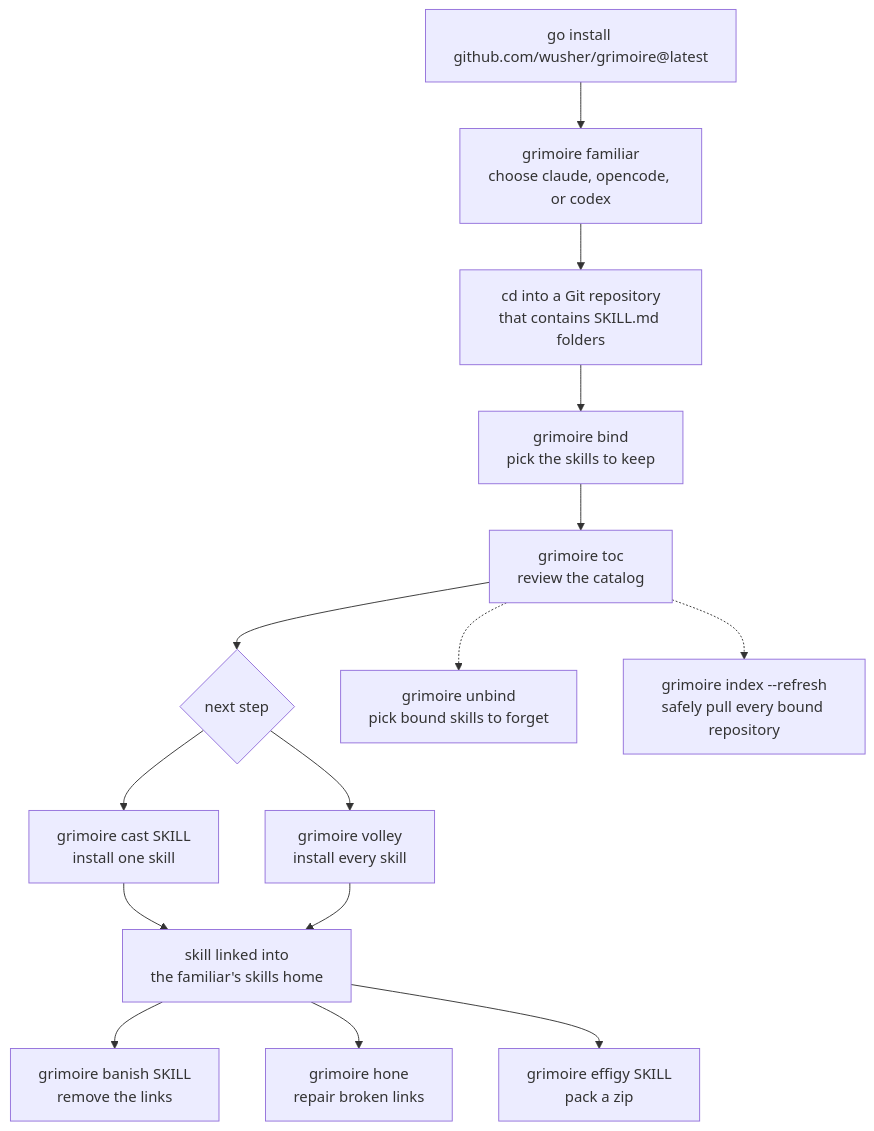
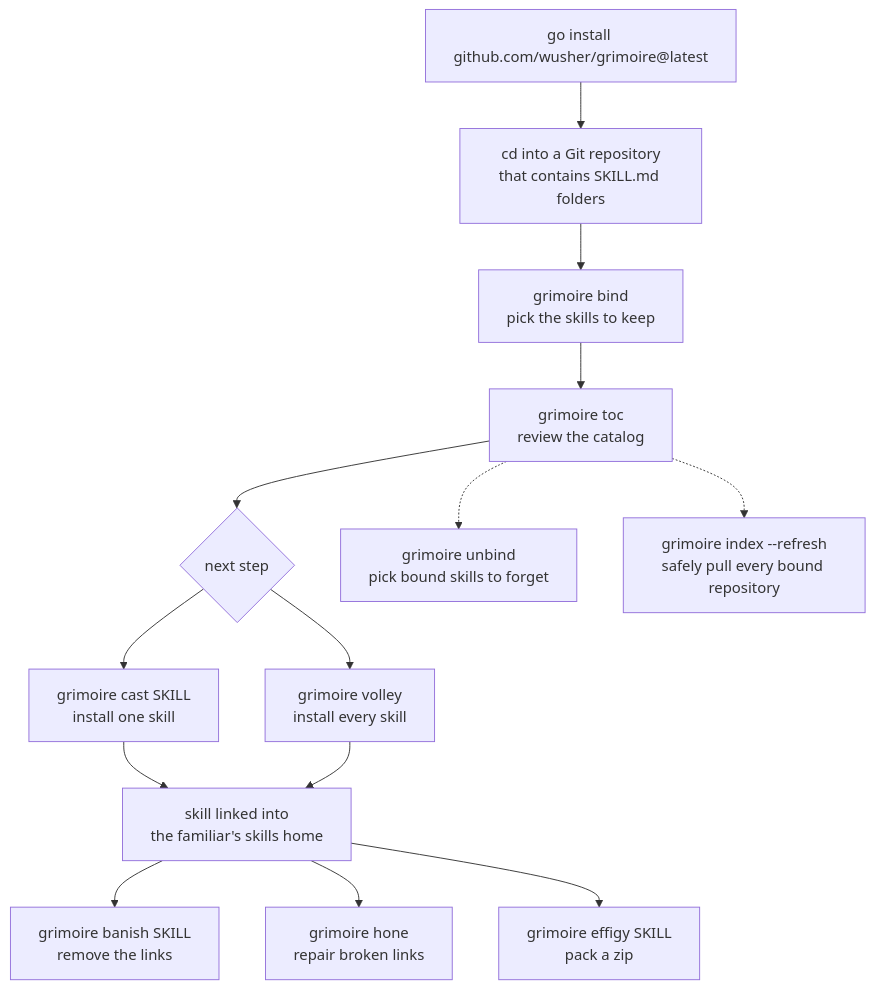
Before and after one commit to wusher/grimoire: the diagram in README.md, drawn with Mermaid. The commit also changed other lines of this file and 4 other files, not shown here.

````diff
--- a/README.md
+++ b/README.md
@@ -43,17 +43,16 @@
 ```mermaid
 flowchart TD
-    A["go install github.com/wusher/grimoire@latest"] --> B["grimoire familiar<br/>choose claude, opencode, or codex"]
-    B --> C["cd into a Git repository<br/>that contains SKILL.md folders"]
+    A["go install github.com/wusher/grimoire@latest"] --> C["cd into a Git repository<br/>that contains SKILL.md folders"]
     C --> D["grimoire bind<br/>pick the skills to keep"]
     D --> E["grimoire toc<br/>review the catalog"]
     E --> F{next step}
     F --> G["grimoire cast SKILL<br/>install one skill"]
     F --> H["grimoire volley<br/>install every skill"]
     G --> J["skill linked into<br/>the familiar's skills home"]
     H --> J
     J --> K["grimoire banish SKILL<br/>remove the links"]
     J --> L["grimoire hone<br/>repair broken links"]
     J --> M["grimoire effigy SKILL<br/>pack a zip"]
     E -.-> N["grimoire unbind<br/>pick bound skills to forget"]
     E -.-> O["grimoire index --refresh<br/>safely pull every bound repository"]
 ```
````
